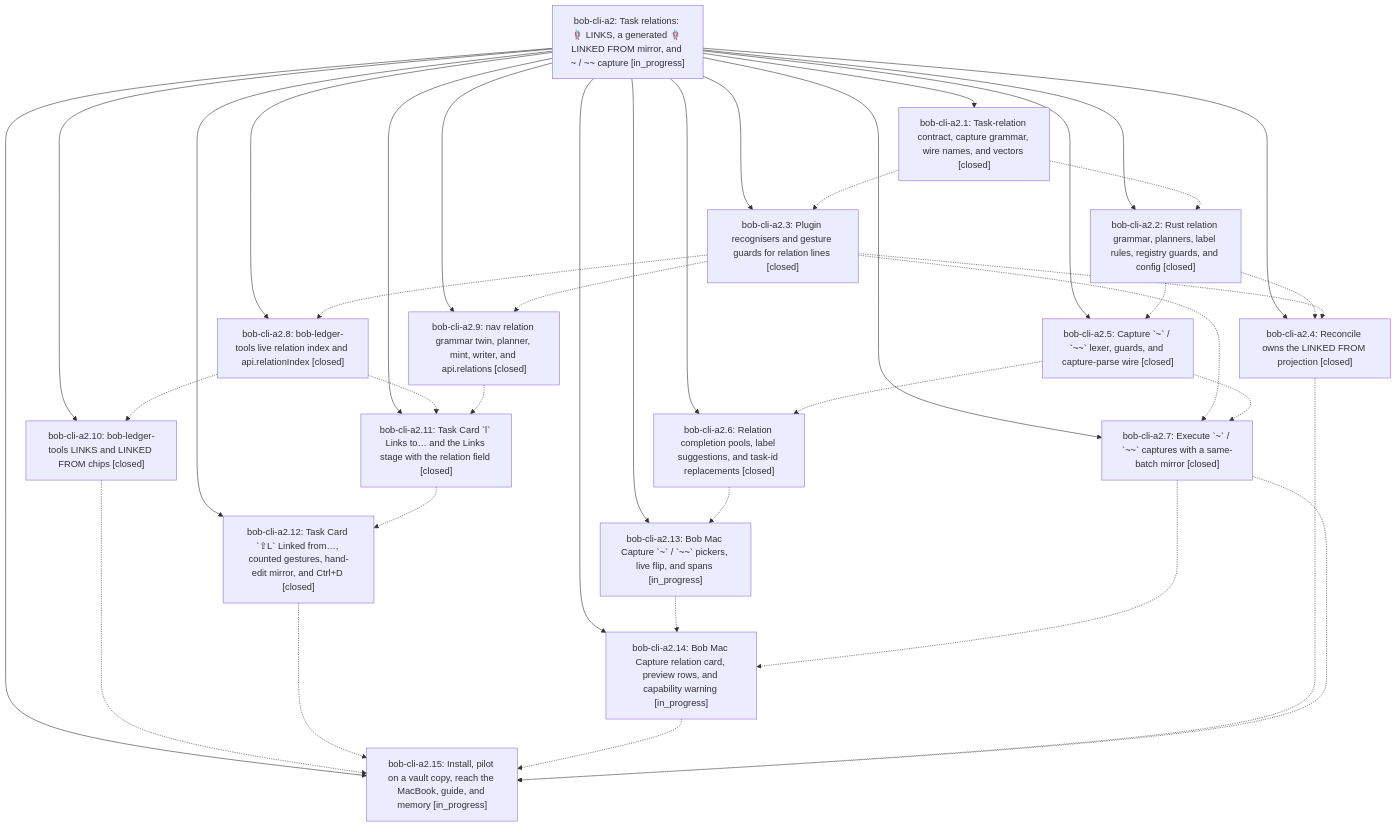
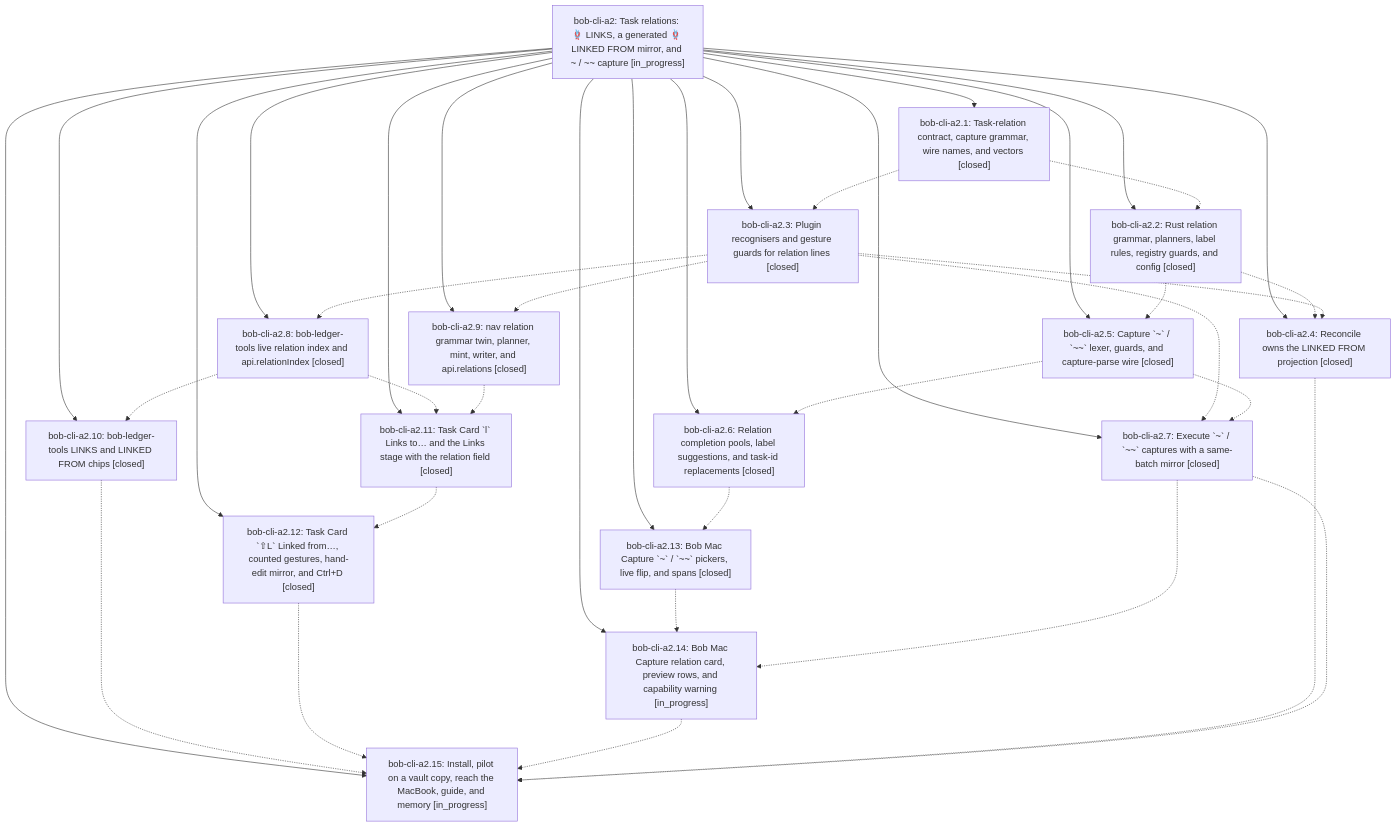
The diagram in pages/bob-cli-a2/README.md (bobs-org/bob-cli--beads), drawn with Mermaid before and after one commit. The commit also changed other lines of this file and 9 other files, not shown here.

First line of the commit message:
chore(beads): sync bead state and pages for bob-cli-a2

````diff
--- a/pages/bob-cli-a2/README.md
+++ b/pages/bob-cli-a2/README.md
@@ -50,56 +50,56 @@
 ```mermaid
 flowchart TD
     n0["bob-cli-a2: Task relations: 🪢 LINKS, a generated 🪢 LINKED FROM mirror, and ~ / ~~ capture [in_progress]"]
     n1["bob-cli-a2.1: Task-relation contract, capture grammar, wire names, and vectors [closed]"]
     n2["bob-cli-a2.10: bob-ledger-tools LINKS and LINKED FROM chips [closed]"]
     n3["bob-cli-a2.11: Task Card `l` Links to… and the Links stage with the relation field [closed]"]
     n4["bob-cli-a2.12: Task Card `⇧L` Linked from…, counted gestures, hand-edit mirror, and Ctrl+D [closed]"]
-    n5["bob-cli-a2.13: Bob Mac Capture `~` / `~~` pickers, live flip, and spans [in_progress]"]
+    n5["bob-cli-a2.13: Bob Mac Capture `~` / `~~` pickers, live flip, and spans [closed]"]
     n6["bob-cli-a2.14: Bob Mac Capture relation card, preview rows, and capability warning [in_progress]"]
     n7["bob-cli-a2.15: Install, pilot on a vault copy, reach the MacBook, guide, and memory [in_progress]"]
     n8["bob-cli-a2.2: Rust relation grammar, planners, label rules, registry guards, and config [closed]"]
     n9["bob-cli-a2.3: Plugin recognisers and gesture guards for relation lines [closed]"]
     n10["bob-cli-a2.4: Reconcile owns the LINKED FROM projection [closed]"]
     n11["bob-cli-a2.5: Capture `~` / `~~` lexer, guards, and capture-parse wire [closed]"]
     n12["bob-cli-a2.6: Relation completion pools, label suggestions, and task-id replacements [closed]"]
     n13["bob-cli-a2.7: Execute `~` / `~~` captures with a same-batch mirror [closed]"]
     n14["bob-cli-a2.8: bob-ledger-tools live relation index and api.relationIndex [closed]"]
     n15["bob-cli-a2.9: nav relation grammar twin, planner, mint, writer, and api.relations [closed]"]
     n0 --> n1
     n0 --> n2
     n0 --> n3
     n0 --> n4
     n0 --> n5
     n0 --> n6
     n0 --> n7
     n0 --> n8
     n0 --> n9
     n0 --> n10
     n0 --> n11
     n0 --> n12
     n0 --> n13
     n0 --> n14
     n0 --> n15
     n1 -.-> n8
     n1 -.-> n9
     n2 -.-> n7
     n3 -.-> n4
     n4 -.-> n7
     n5 -.-> n6
     n6 -.-> n7
     n8 -.-> n10
     n8 -.-> n11
     n9 -.-> n10
     n9 -.-> n13
     n9 -.-> n14
     n9 -.-> n15
     n10 -.-> n7
     n11 -.-> n12
     n11 -.-> n13
     n12 -.-> n5
     n13 -.-> n6
     n13 -.-> n7
     n14 -.-> n2
     n14 -.-> n3
     n15 -.-> n3
 ```
````
